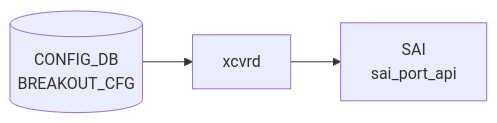
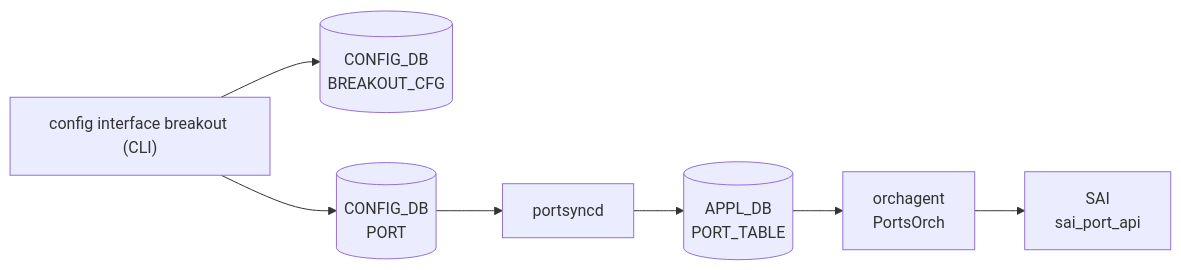
The diagram in docs/reference/config-db/breakout-cfg.md (aoki-taquan/sonic-unofficial-docs), drawn with Mermaid before and after one commit. The commit also changed 17 other files, not shown here.

````diff
--- a/docs/reference/config-db/breakout-cfg.md
+++ b/docs/reference/config-db/breakout-cfg.md
@@ -33,8 +33,13 @@
 ```mermaid
 flowchart LR
   CDB[("CONFIG_DB<br/>BREAKOUT_CFG")]
-  DM["xcvrd"]
-  CDB --> DM
+  PORT[("CONFIG_DB<br/>PORT")]
+  CLI["config interface breakout (CLI)"]
+  PSY["portsyncd"]
+  APPL[("APPL_DB<br/>PORT_TABLE")]
+  OA["orchagent<br/>PortsOrch"]
   SAI["SAI<br/>sai_port_api"]
-  DM --> SAI
+  CLI --> CDB
+  CLI --> PORT
+  PORT --> PSY --> APPL --> OA --> SAI
 ```
````
